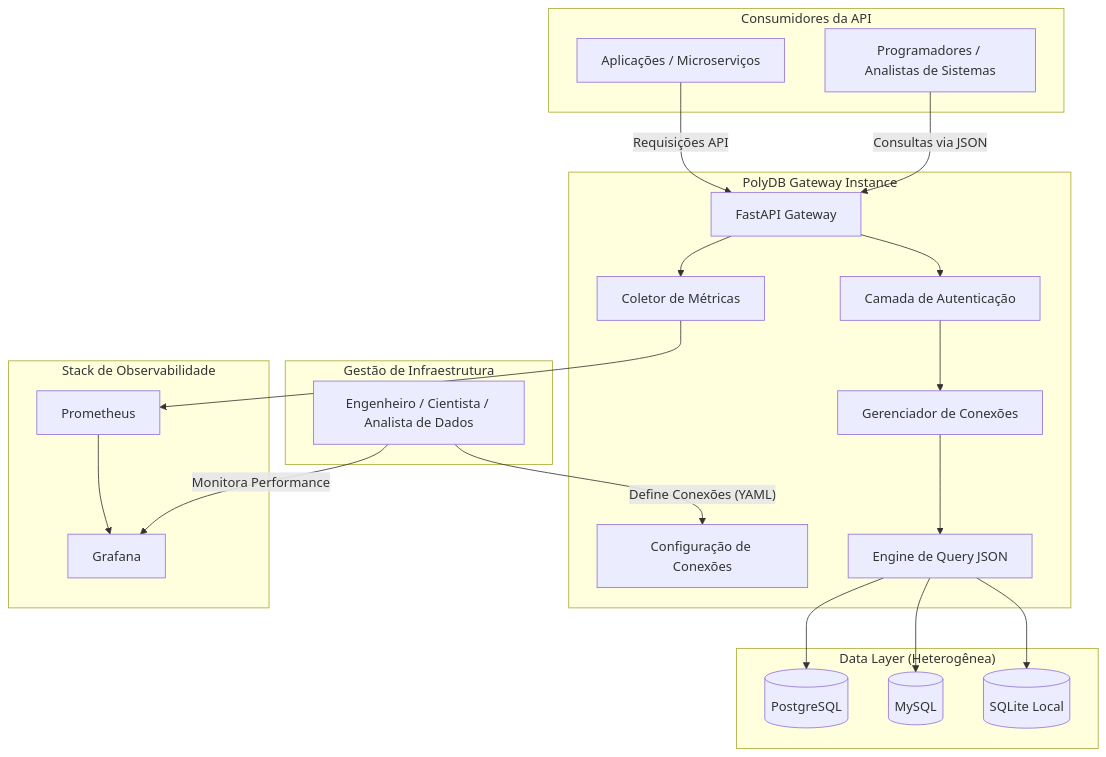
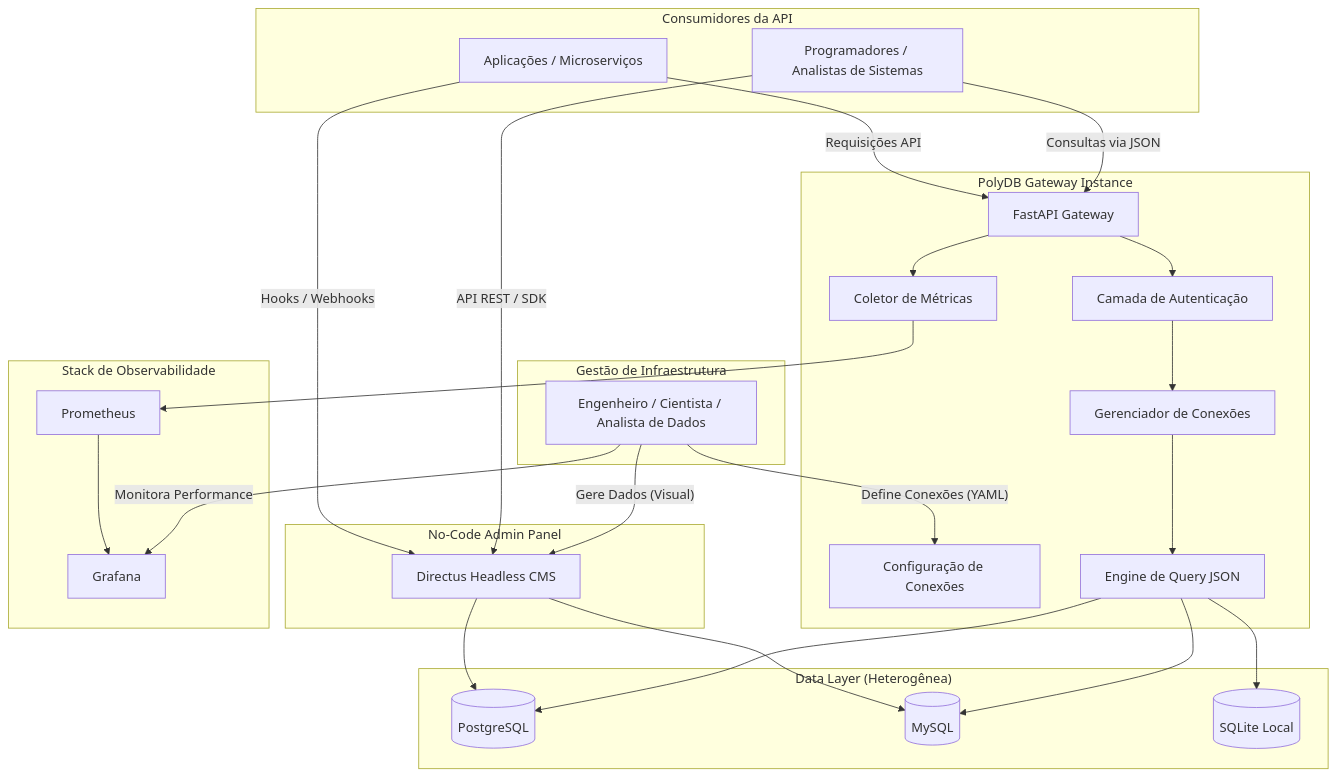
Before and after one commit to Rilen/PolyDB-Gateway: the diagram in README.md, drawn with Mermaid. The commit also changed other lines of this file and 20 other files, not shown here.

````diff
--- a/README.md
+++ b/README.md
@@ -48,52 +48,63 @@
 ```mermaid
 flowchart TD
     subgraph Admins ["Gestão de Infraestrutura"]
         DataRole[Engenheiro / Cientista / Analista de Dados]
     end
 
     subgraph Consumers ["Consumidores da API"]
         Devs[Programadores / Analistas de Sistemas]
         Apps[Aplicações / Microserviços]
     end
 
     subgraph Gateway ["PolyDB Gateway Instance"]
         API[FastAPI Gateway]
         Config[Configuração de Conexões]
         Auth[Camada de Autenticação]
         ConnMgr[Gerenciador de Conexões]
         Engine[Engine de Query JSON]
         Metrics[Coletor de Métricas]
     end
 
+    subgraph AdminLayer ["No-Code Admin Panel"]
+        CMS[Directus Headless CMS]
+    end
+
     subgraph Data ["Data Layer (Heterogênea)"]
         PG[(PostgreSQL)]
         MY[(MySQL)]
         SQ[(SQLite Local)]
     end
 
     subgraph Observability ["Stack de Observabilidade"]
         PR[Prometheus]
         GR[Grafana]
     end
 
     %% Fluxo de Gestão de Dados
     DataRole -- "Define Conexões (YAML)" --> Config
     DataRole -- "Monitora Performance" --> GR
+    DataRole -- "Gere Dados (Visual)" --> CMS
 
     %% Fluxo de Consumo
     Devs -- "Consultas via JSON" --> API
+    Devs -- "API REST / SDK" --> CMS
     Apps -- "Requisições API" --> API
+    Apps -- "Hooks / Webhooks" --> CMS
     
     %% Processamento Interno
     API --> Auth
     Auth --> ConnMgr
     ConnMgr --> Engine
     Engine --> PG
     Engine --> MY
     Engine --> SQ
+
+    %% CMS Integration
+    CMS --> PG
+    CMS --> MY
     
     %% Fluxo de Métricas
     API --> Metrics
     Metrics --> PR
     PR --> GR
 ```
````
